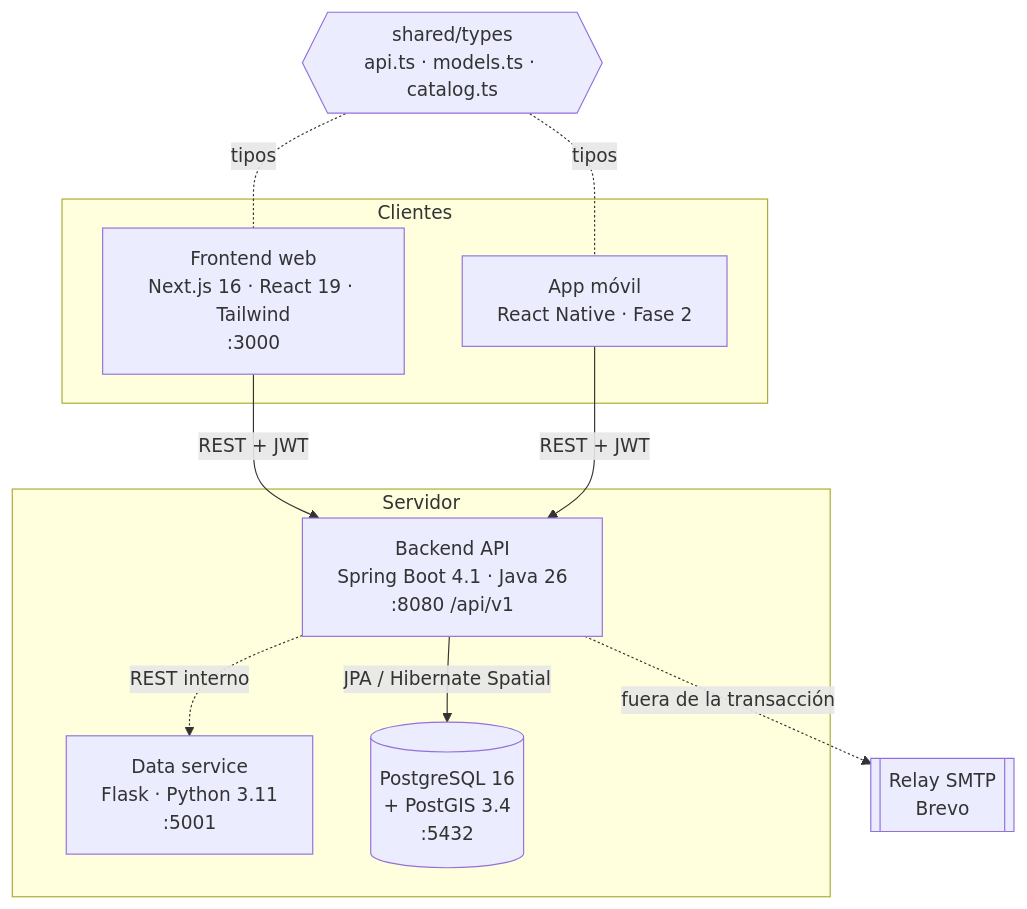
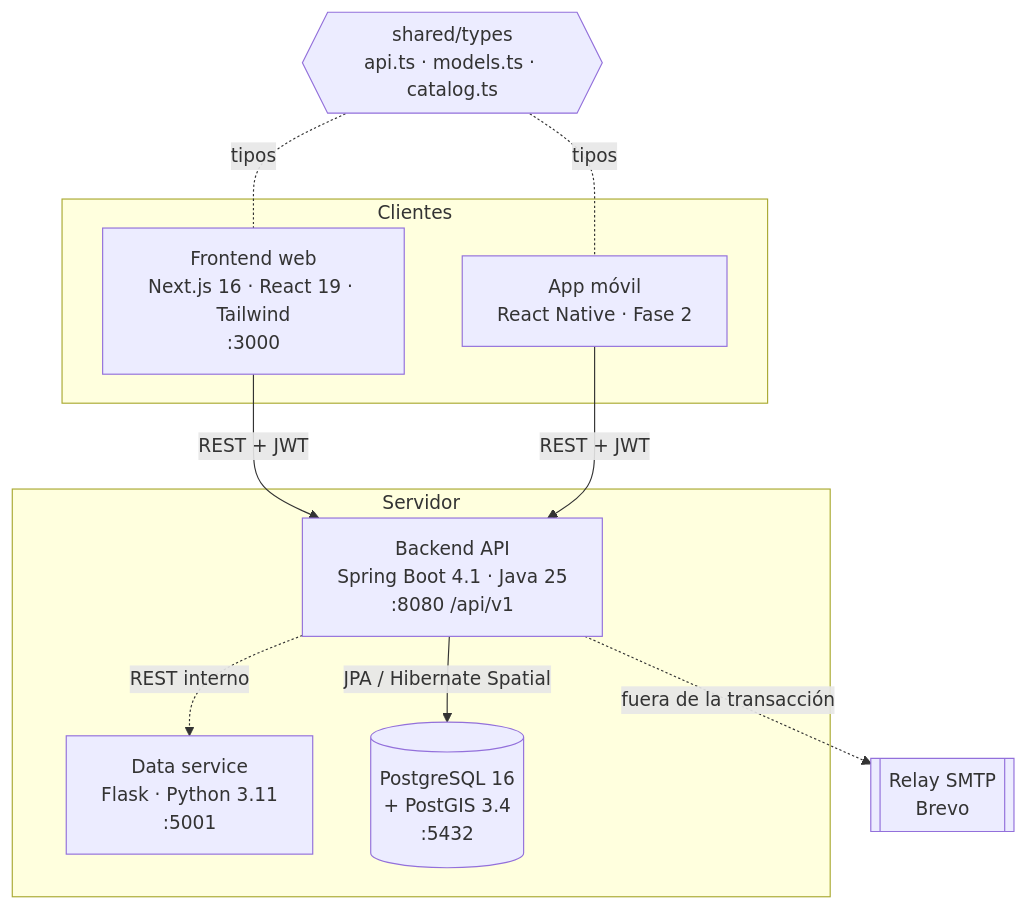
Before and after one commit to BotaniPUCP/Hesperides: the second of 6 diagrams in docs/arquitectura/analisis-y-diseno/Analisis_y_disenho.md, drawn with Mermaid. The commit also changed other lines of this file and 63 other files, not shown here.

````diff
--- a/docs/arquitectura/analisis-y-diseno/Analisis_y_disenho.md
+++ b/docs/arquitectura/analisis-y-diseno/Analisis_y_disenho.md
@@ -107,24 +107,24 @@
 ```mermaid
 flowchart TB
     subgraph Clientes
         WEB[Frontend web<br/>Next.js 16 · React 19 · Tailwind<br/>:3000]
         MOB[App móvil<br/>React Native · Fase 2]
     end
 
     subgraph Servidor
-        API[Backend API<br/>Spring Boot 4.1 · Java 26<br/>:8080 /api/v1]
+        API[Backend API<br/>Spring Boot 4.1 · Java 25<br/>:8080 /api/v1]
         DS[Data service<br/>Flask · Python 3.11<br/>:5001]
         DB[(PostgreSQL 16<br/>+ PostGIS 3.4<br/>:5432)]
     end
 
     SMTP[[Relay SMTP<br/>Brevo]]
     SHARED{{shared/types<br/>api.ts · models.ts · catalog.ts}}
 
     WEB -- REST + JWT --> API
     MOB -- REST + JWT --> API
     API -- JPA / Hibernate Spatial --> DB
     API -. REST interno .-> DS
     API -. fuera de la transacción .-> SMTP
     SHARED -. tipos .- WEB
     SHARED -. tipos .- MOB
 ```
````
